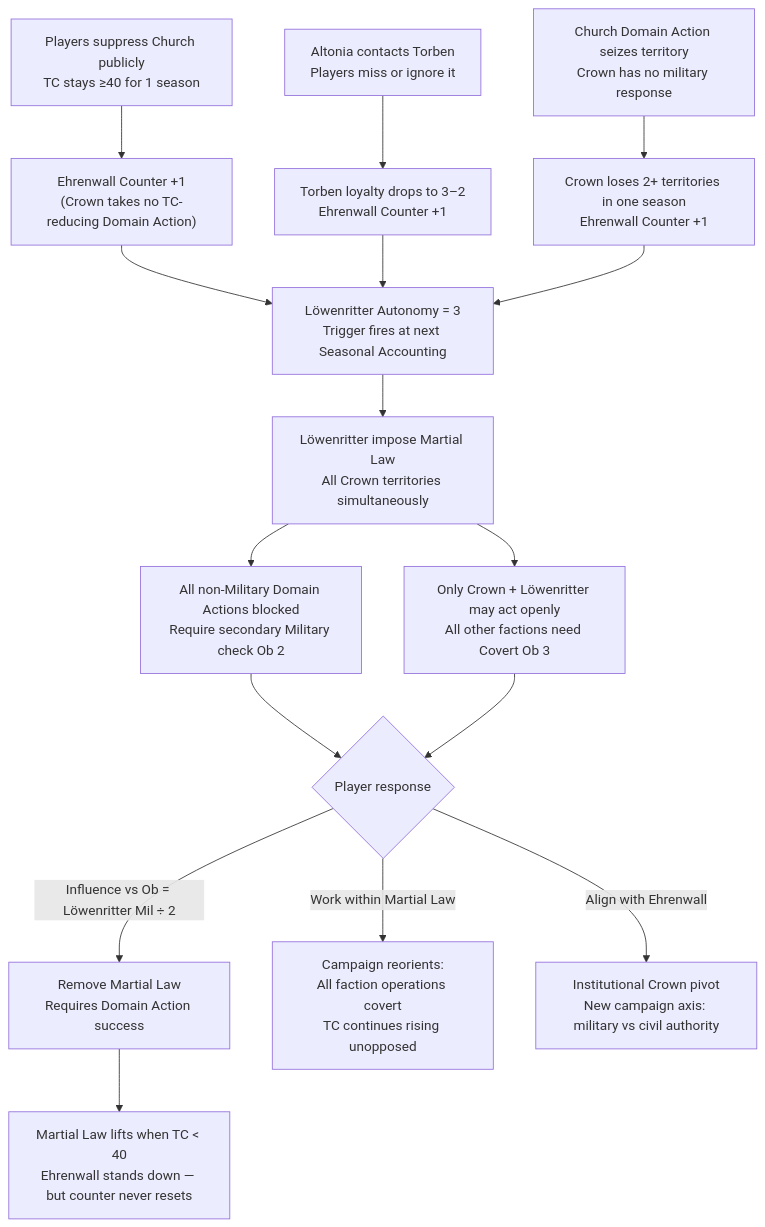
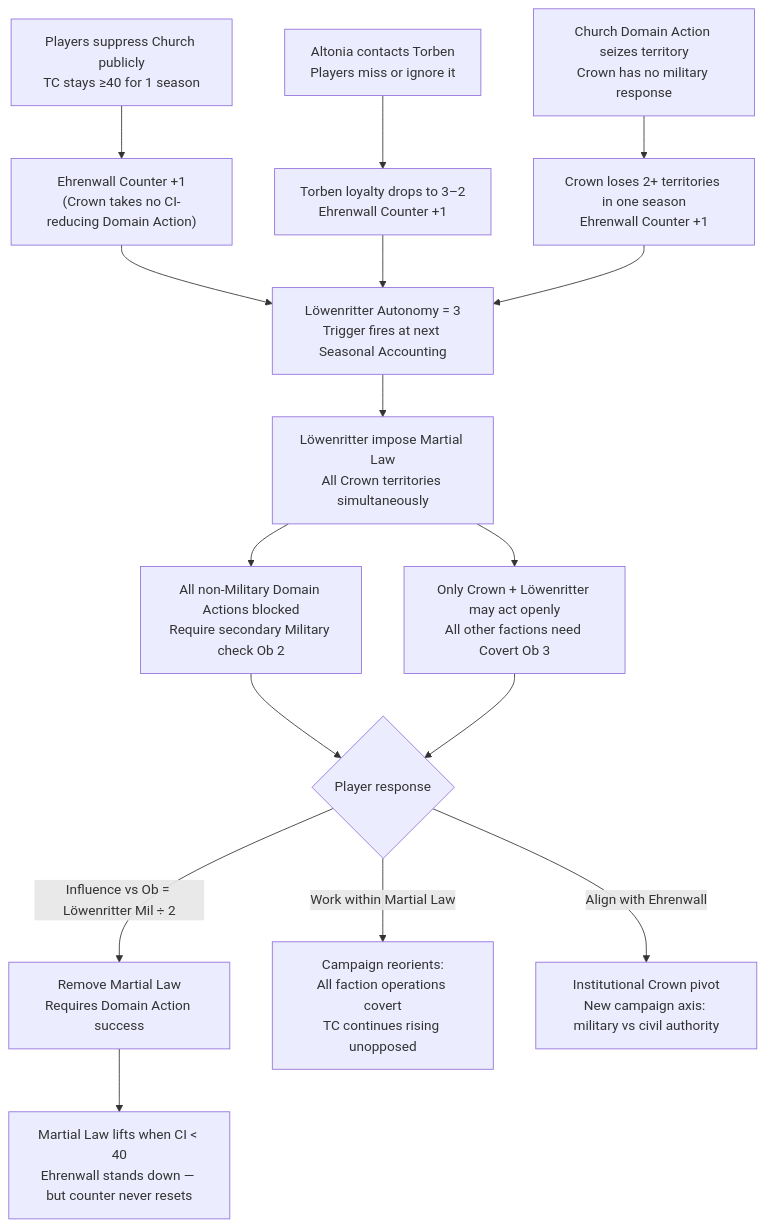
One commit to jordanelias/ttrpg changed the first of 4 diagrams in designs/arcs/emergent_campaign_arcs.md. Above: the diagram before and after it, drawn with Mermaid. The commit also changed other lines of this file and 59 other files, not shown here.

````diff
--- a/designs/arcs/emergent_campaign_arcs.md
+++ b/designs/arcs/emergent_campaign_arcs.md
@@ -35,15 +35,15 @@
 ```mermaid
 flowchart TD
-    A["Players suppress Church publicly\nTC stays ≥40 for 1 season"] --> B["Ehrenwall Counter +1\n(Crown takes no TC-reducing Domain Action)"]
+    A["Players suppress Church publicly\nTC stays ≥40 for 1 season"] --> B["Ehrenwall Counter +1\n(Crown takes no CI-reducing Domain Action)"]
     C["Altonia contacts Torben\nPlayers miss or ignore it"] --> D["Torben loyalty drops to 3–2\nEhrenwall Counter +1"]
     E["Church Domain Action seizes territory\nCrown has no military response"] --> F["Crown loses 2+ territories in one season\nEhrenwall Counter +1"]
     B & D & F --> G["Löwenritter Autonomy = 3\nTrigger fires at next Seasonal Accounting"]
     G --> H["Löwenritter impose Martial Law\nAll Crown territories simultaneously"]
     H --> I["All non-Military Domain Actions blocked\nRequire secondary Military check Ob 2"]
     H --> J["Only Crown + Löwenritter may act openly\nAll other factions need Covert Ob 3"]
     I & J --> K{Player response}
     K -->|"Influence vs Ob = Löwenritter Mil ÷ 2"| L["Remove Martial Law\nRequires Domain Action success"]
     K -->|"Work within Martial Law"| M["Campaign reorients:\nAll faction operations covert\nTC continues rising unopposed"]
     K -->|"Align with Ehrenwall"| N["Institutional Crown pivot\nNew campaign axis: military vs civil authority"]
-    L --> O["Martial Law lifts when TC < 40\nEhrenwall stands down — but counter never resets"]
+    L --> O["Martial Law lifts when CI < 40\nEhrenwall stands down — but counter never resets"]
 ```
````
